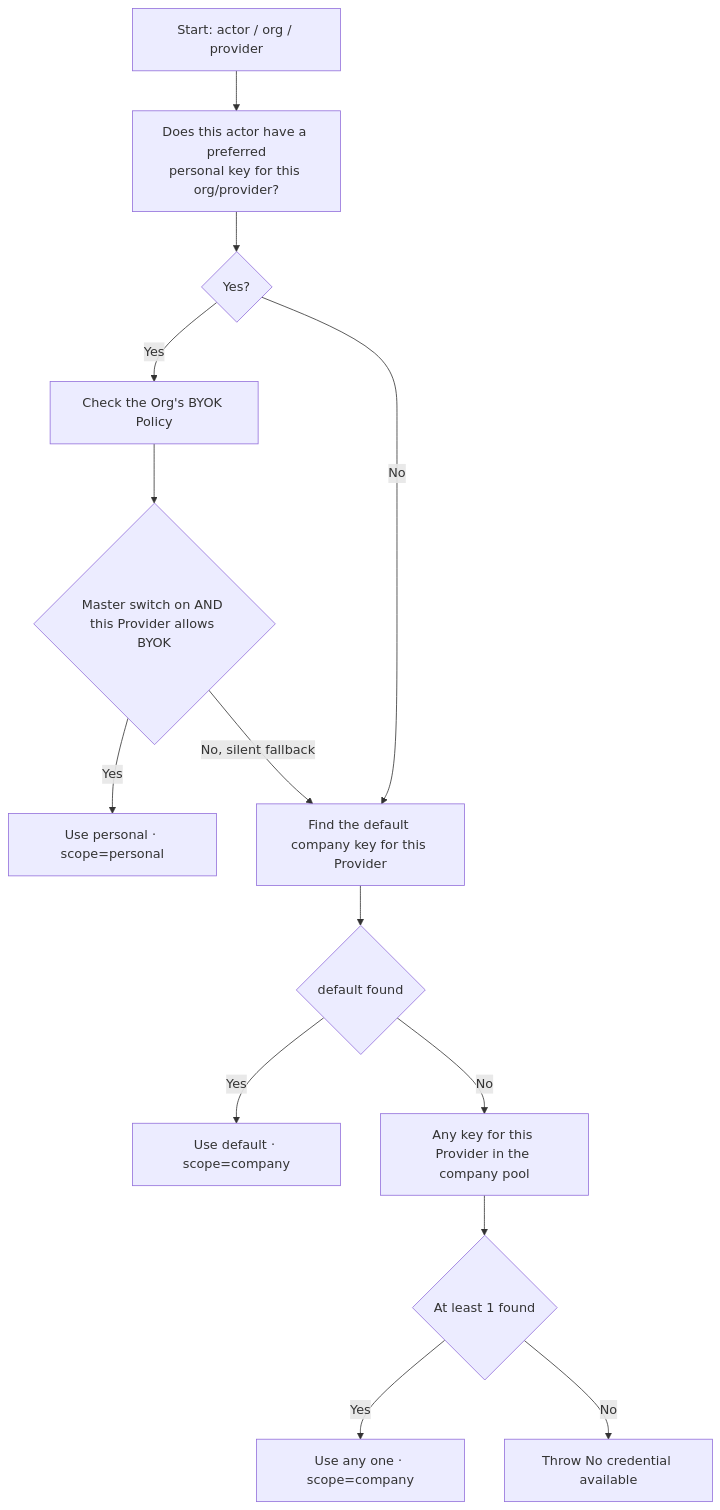
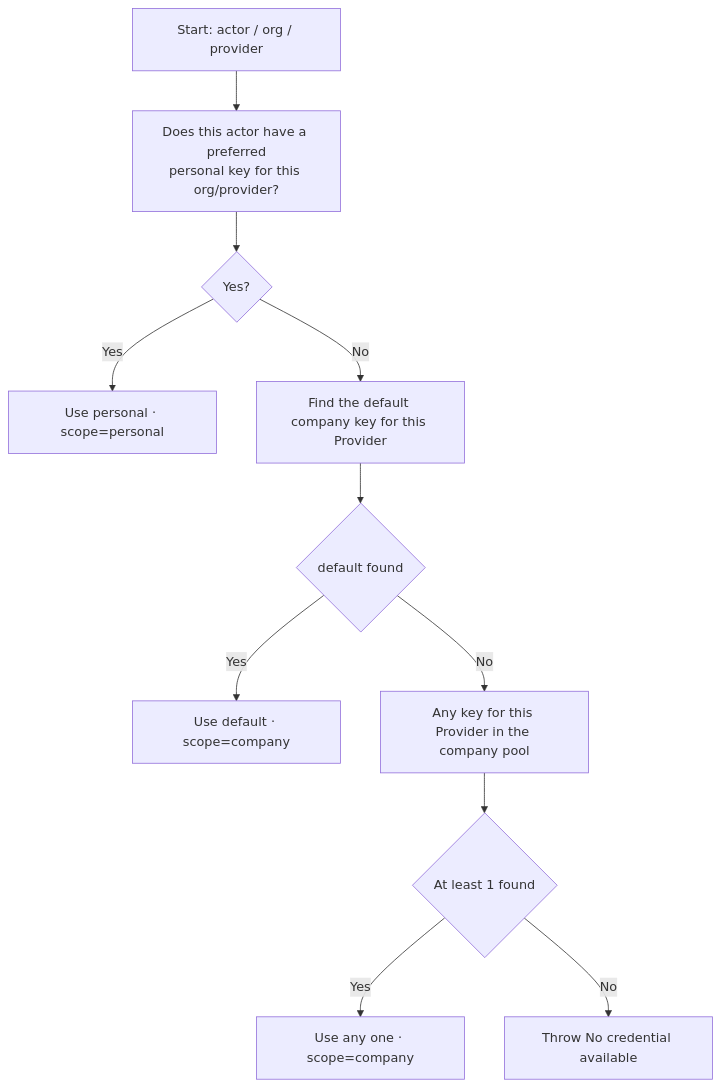
Before and after one commit to langgenius/mosoo: the third of 3 diagrams in dev/prd/credentials.md, drawn with Mermaid. The commit also changed other lines of this file and 8 other files, not shown here.

````diff
--- a/dev/prd/credentials.md
+++ b/dev/prd/credentials.md
@@ -143,18 +124,15 @@
 ```mermaid
 flowchart TD
   Start["Start: actor / org / provider"] --> Pref["Does this actor have a preferred<br/>personal key for this org/provider?"]
   Pref --> HasPref{"Yes?"}
 
-  HasPref -->|Yes| Policy["Check the Org's BYOK Policy"]
-  Policy --> Allowed{"Master switch on AND this Provider allows BYOK"}
-  Allowed -->|Yes| UsePersonal["Use personal · scope=personal"]
-  Allowed -->|No, silent fallback| FindDefault
+  HasPref -->|Yes| UsePersonal["Use personal · scope=personal"]
 
   HasPref -->|No| FindDefault["Find the default company key for this Provider"]
   FindDefault --> FoundDef{"default found"}
   FoundDef -->|Yes| UseDefault["Use default · scope=company"]
   FoundDef -->|No| AnyOne["Any key for this Provider in the company pool"]
   AnyOne --> HasAny{"At least 1 found"}
   HasAny -->|Yes| UseAny["Use any one · scope=company"]
   HasAny -->|No| Fail["Throw No credential available"]
 ```
````
